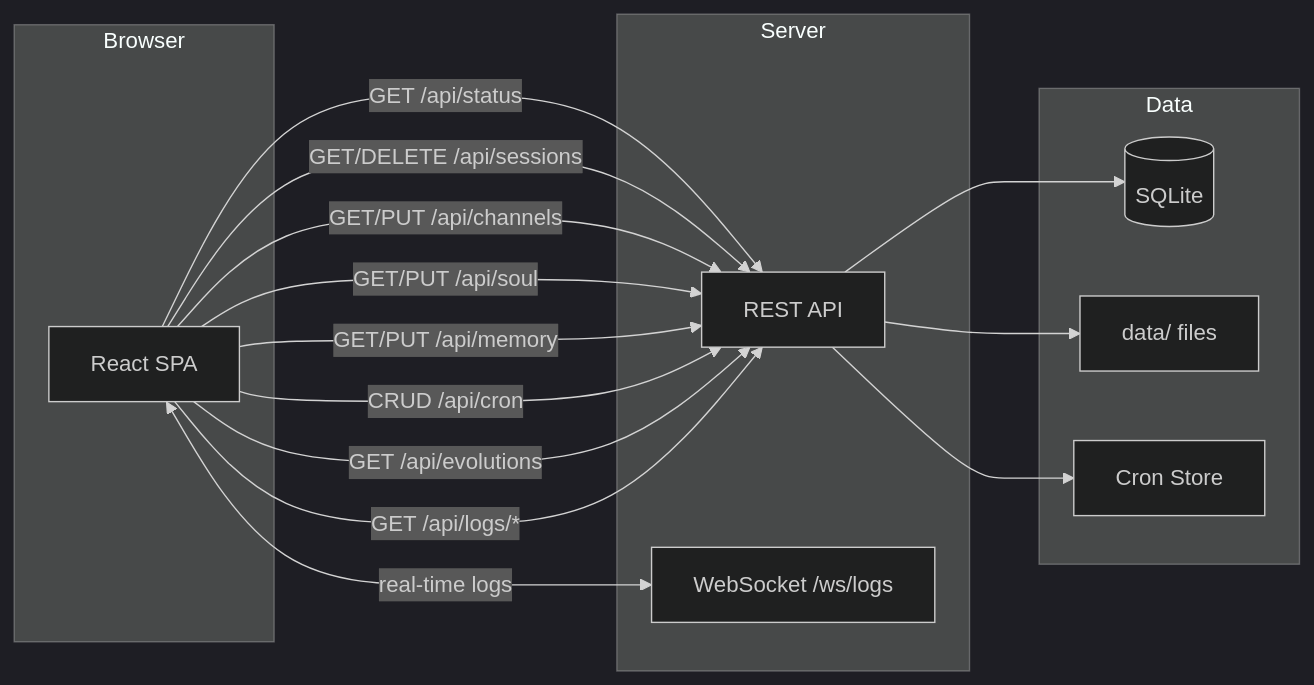
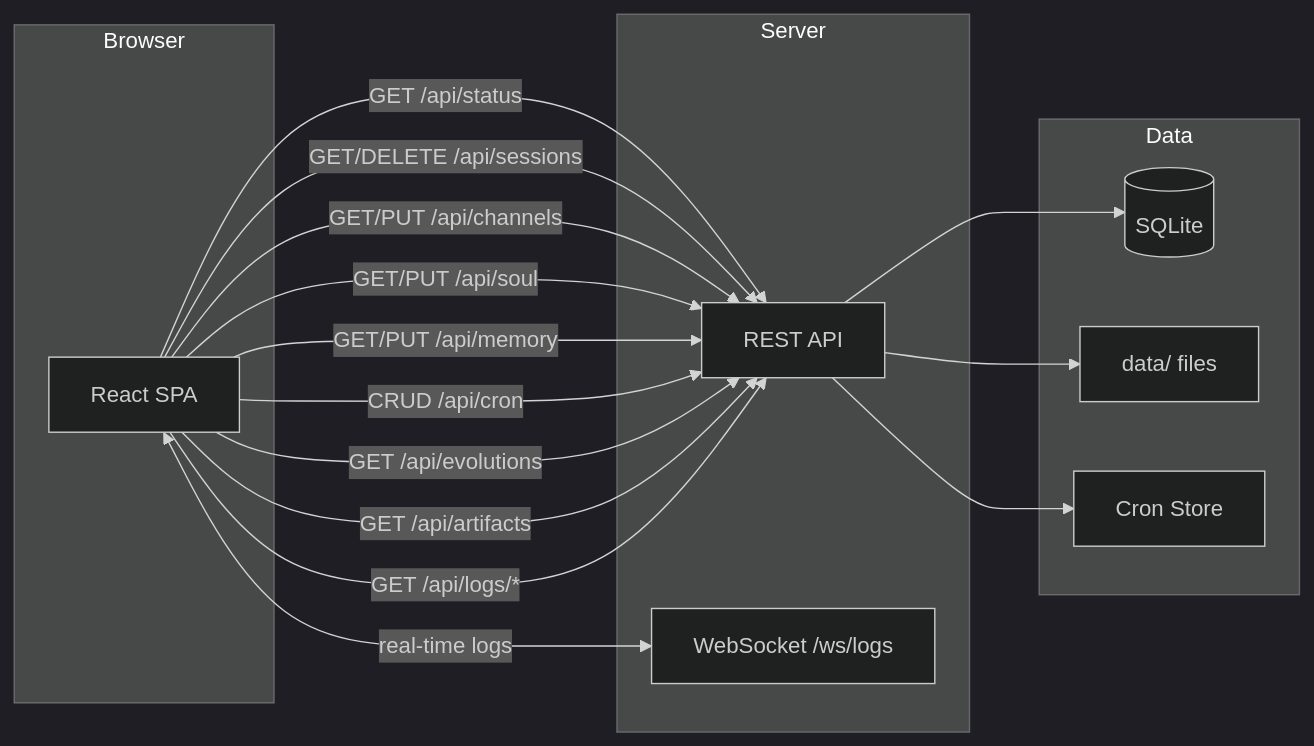
The fourth of 10 diagrams in README.md (NaichuanZhang/discord-claw), drawn with Mermaid (dark theme) before and after one commit. The commit also changed other lines of this file and 2 other files, not shown here.

Commit message:
feat(evolution): Update docs and clean up unused assets: document voice-coach, artifacts, missing env vars; fix stale model name in .env.example

````diff
--- a/README.md
+++ b/README.md
@@ -445,31 +469,32 @@
 ```mermaid
 graph LR
     subgraph Browser
         UI[React SPA]
     end
 
     subgraph Server
         API[REST API]
         WS[WebSocket /ws/logs]
     end
 
     subgraph Data
         DB[(SQLite)]
         FS[data/ files]
         CRON[Cron Store]
     end
 
     UI -->|GET /api/status| API
     UI -->|GET/DELETE /api/sessions| API
     UI -->|GET/PUT /api/channels| API
     UI -->|GET/PUT /api/soul| API
     UI -->|GET/PUT /api/memory| API
     UI -->|CRUD /api/cron| API
     UI -->|GET /api/evolutions| API
+    UI -->|GET /api/artifacts| API
     UI -->|GET /api/logs/*| API
     UI <-->|real-time logs| WS
 
     API --> DB
     API --> FS
     API --> CRON
 ```
````
